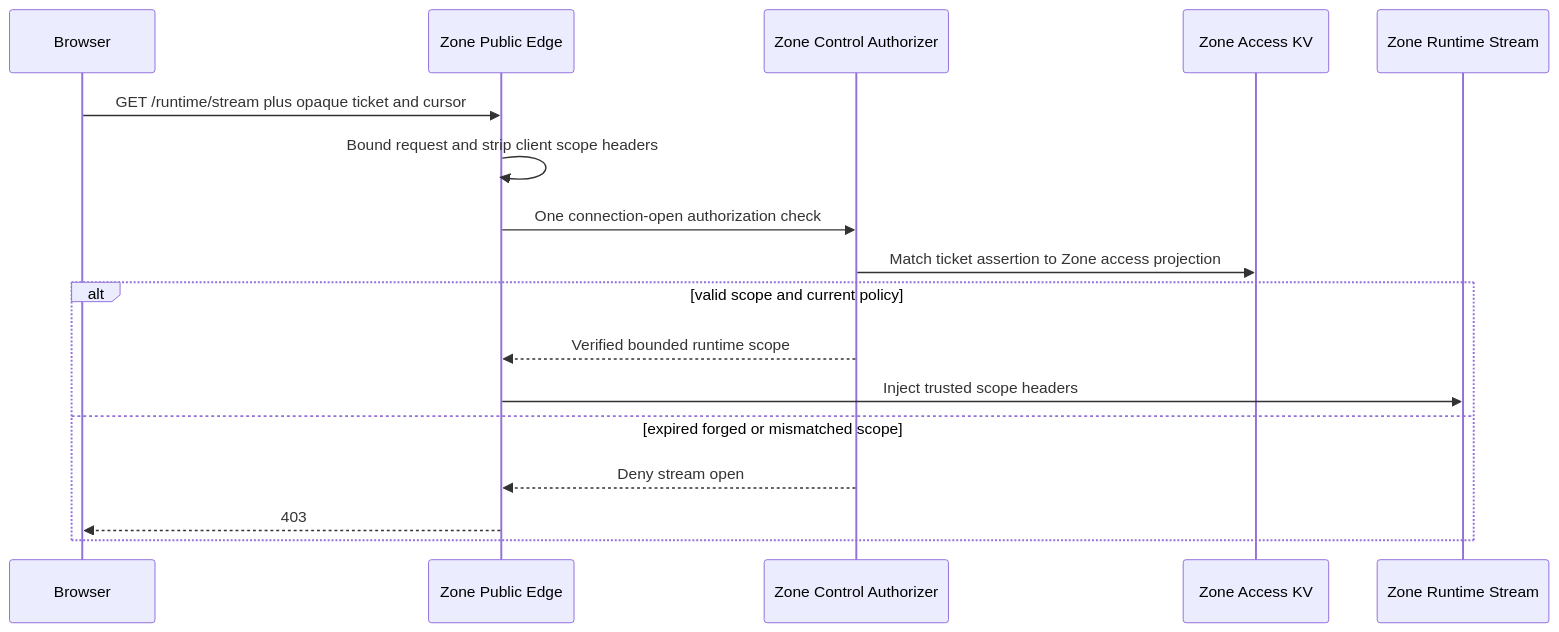
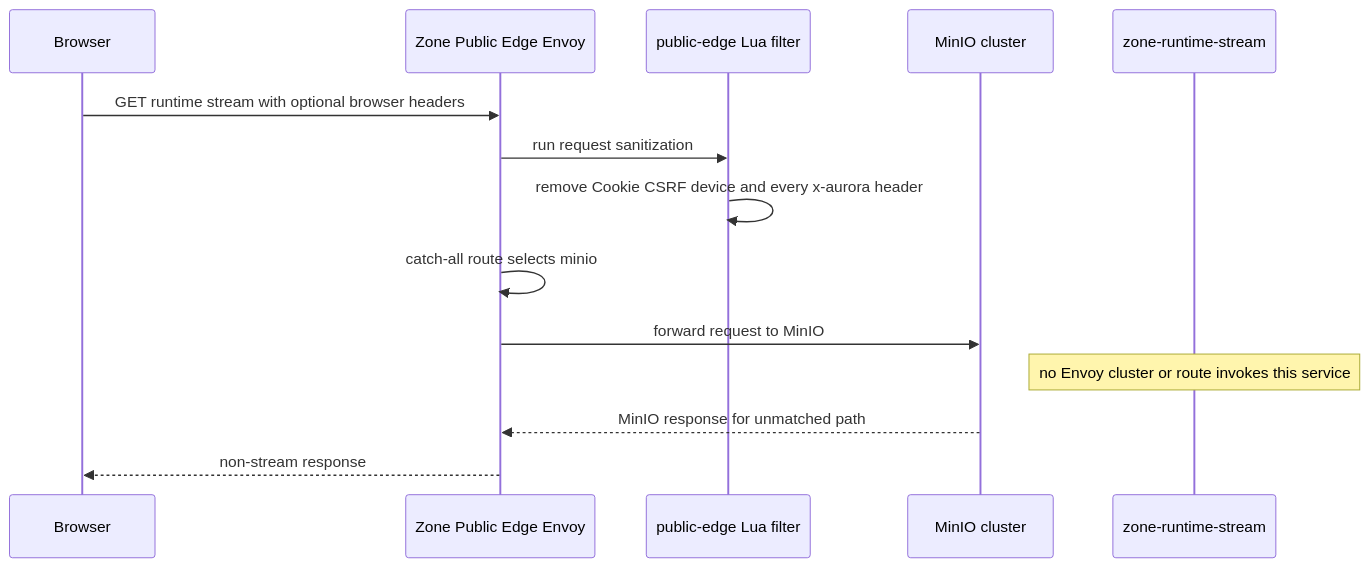
One commit to phucle996/aurora changed the first of 4 diagrams in god_view/zone_runtime/zone_runtime_stream_read_god_view_workflow.md. Above: the diagram before and after it, drawn with Mermaid. The commit also changed other lines of this file and 68 other files, not shown here.

Commit message:
refactor zone storage transfer and update architecture docs

````diff
--- a/god_view/zone_runtime/zone_runtime_stream_read_god_view_workflow.md
+++ b/god_view/zone_runtime/zone_runtime_stream_read_god_view_workflow.md
@@ -23,20 +101,17 @@
 ```mermaid
 sequenceDiagram
     participant B as Browser
-    participant PE as Zone Public Edge
-    participant ZA as Zone Control Authorizer
-    participant KV as Zone Access KV
-    participant RS as Zone Runtime Stream
+    participant PE as Zone Public Edge Envoy
+    participant Lua as public-edge Lua filter
+    participant M as MinIO cluster
+    participant RS as zone-runtime-stream
 
-    B->>PE: GET /runtime/stream plus opaque ticket and cursor
-    PE->>PE: Bound request and strip client scope headers
-    PE->>ZA: One connection-open authorization check
-    ZA->>KV: Match ticket assertion to Zone access projection
-    alt valid scope and current policy
-        ZA-->>PE: Verified bounded runtime scope
-        PE->>RS: Inject trusted scope headers
-    else expired forged or mismatched scope
-        ZA-->>PE: Deny stream open
-        PE-->>B: 403
-    end
+    B->>PE: GET runtime stream with optional browser headers
+    PE->>Lua: run request sanitization
+    Lua->>Lua: remove Cookie CSRF device and every x-aurora header
+    PE->>PE: catch-all route selects minio
+    PE->>M: forward request to MinIO
+    Note over RS: no Envoy cluster or route invokes this service
+    M-->>PE: MinIO response for unmatched path
+    PE-->>B: non-stream response
 ```
````
